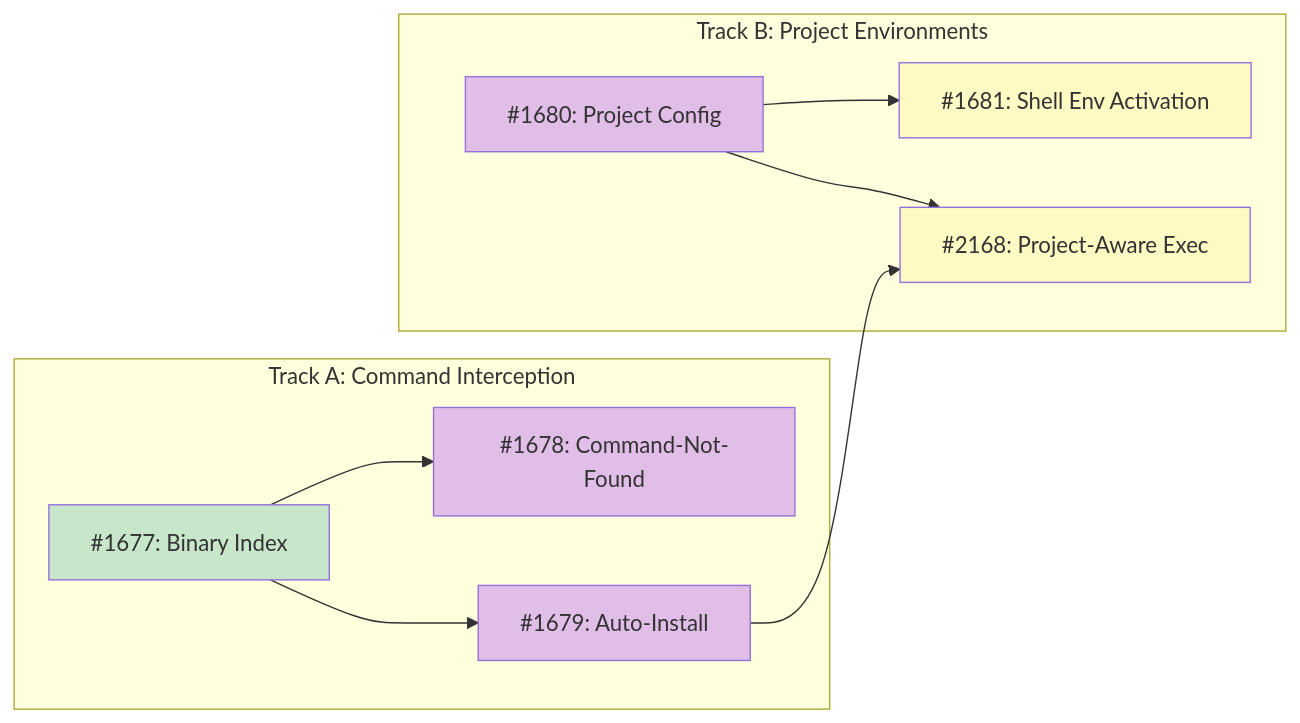
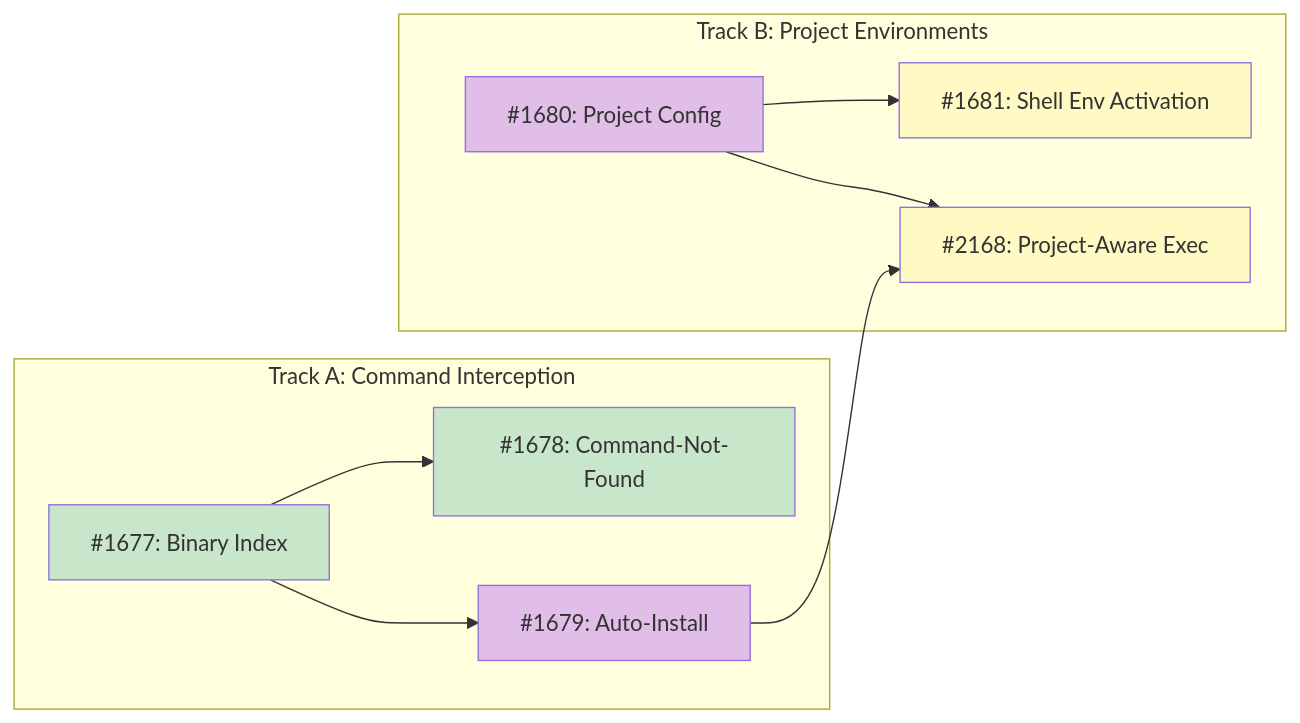
One commit to tsukumogami/tsuku changed the diagram in docs/designs/DESIGN-shell-integration-building-blocks.md. Above: the diagram before and after it, drawn with Mermaid. The commit also changed other lines of this file and 1 other file, not shown here.

First line of the commit message:
fix(ci): update design doc diagram classes and revert command-not-found status to Accepted

````diff
--- a/docs/designs/DESIGN-shell-integration-building-blocks.md
+++ b/docs/designs/DESIGN-shell-integration-building-blocks.md
@@ -38,30 +38,31 @@
 ```mermaid
 graph LR
     subgraph TrackA["Track A: Command Interception"]
         I1677["#1677: Binary Index"]
         I1678["#1678: Command-Not-Found"]
         I1679["#1679: Auto-Install"]
     end
 
     subgraph TrackB["Track B: Project Environments"]
         I1680["#1680: Project Config"]
         I1681["#1681: Shell Env Activation"]
         I2168["#2168: Project-Aware Exec"]
     end
 
     I1677 --> I1678
     I1677 --> I1679
     I1680 --> I1681
     I1679 --> I2168
     I1680 --> I2168
 
     classDef done fill:#c8e6c9
     classDef ready fill:#bbdefb
     classDef blocked fill:#fff9c4
     classDef needsDesign fill:#e1bee7
 
     class I1677 done
     class I1680 needsDesign
-    class I1678,I1679 needsDesign
+    class I1678 done
+    class I1679 needsDesign
     class I1681,I2168 blocked
 ```
````
